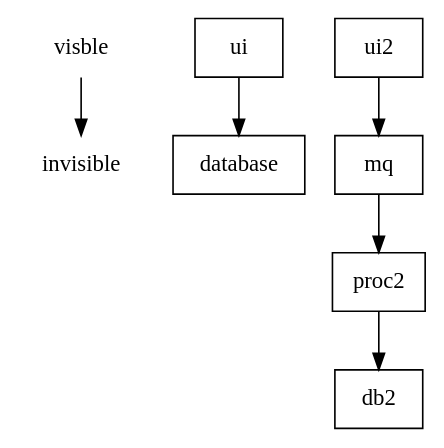
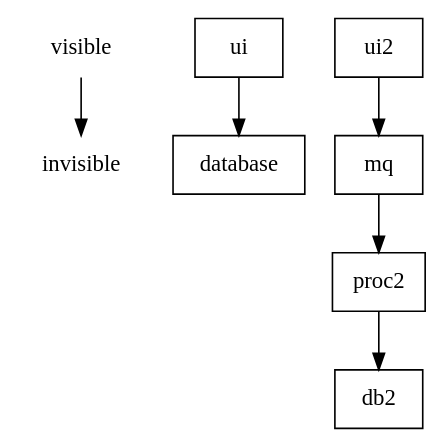
One commit to chriseyre2000/diagrams changed the diagram in wardley-maps/wardley-map.dot. Above: the diagram before and after it, drawn with Graphviz. The commit also changed 1 other file, not shown here.

```diff
--- a/wardley-maps/wardley-map.dot
+++ b/wardley-maps/wardley-map.dot
@@ -1,40 +1,38 @@
 digraph wardleyMap {
   rankdir=TB;
 
   // Client-side Apps - #FFEB3B (yellow)
   //node[fillcolor="#FFEB3B" style="filled" fontcolor="black"];
 
 
   // Storage - #303F9F (dark blue)
   //node[fillcolor="#303F9F" style="filled" fontcolor="white"];
   //contentful[label="Contentful Space"];
   //neo[label="Neo4j"];
   
 
   // Microservices - #C8E6C9 (light green)
   //node[fillcolor="#C8E6C9" style="filled" fontcolor="black"];
   //contentful_to_neo4j[label="Contentful to Neo4j"]
   node[shape=none]
-  visble[rank="min"]
+  visible[rank="min"]
   invisible[rank="max"]
 
   node[shape=box]
   ui[rank="min"]
   database
   ui2[rank="min"]
   mq
   proc2
   db2
 
 
-  
-
   subgraph value {
-    visble -> invisible;
+    visible -> invisible;
     ui -> database;
     ui2 -> mq -> proc2 -> db2;
   }
 
   
 
 }
```
